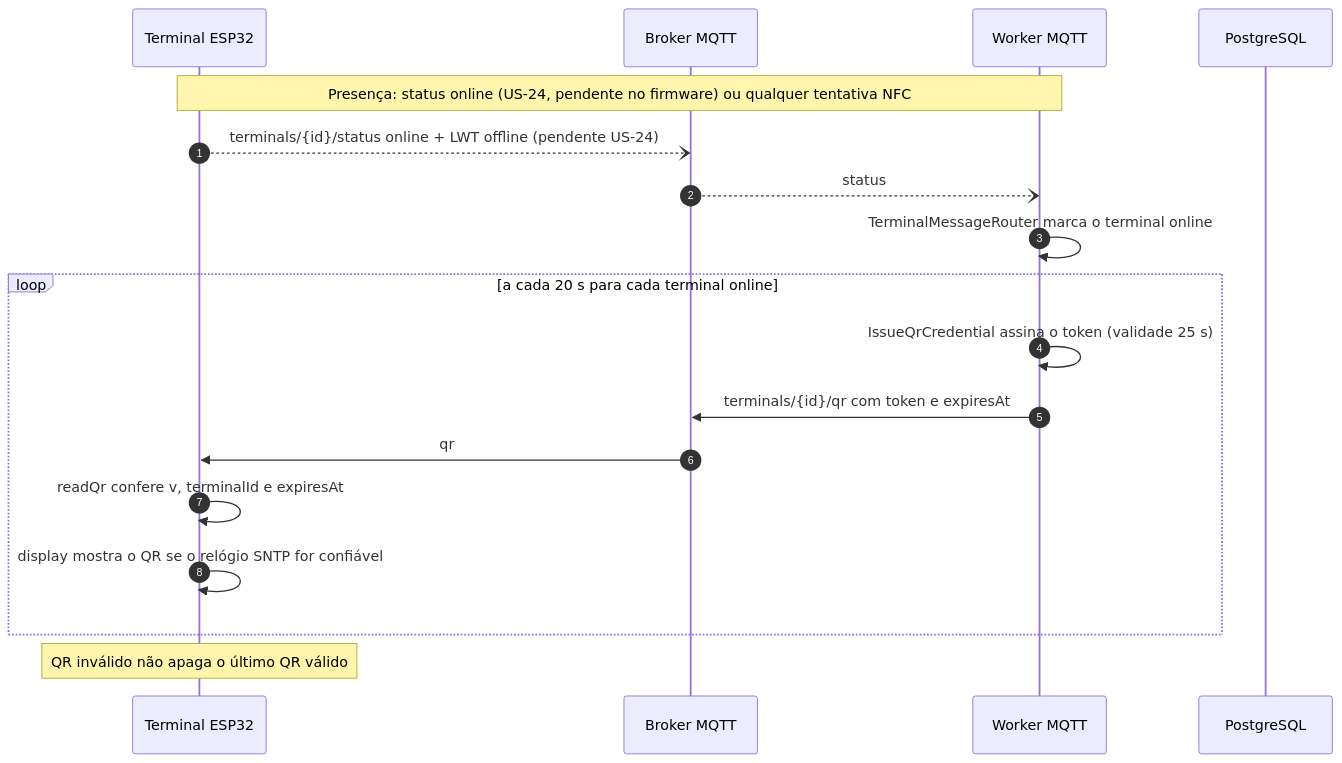
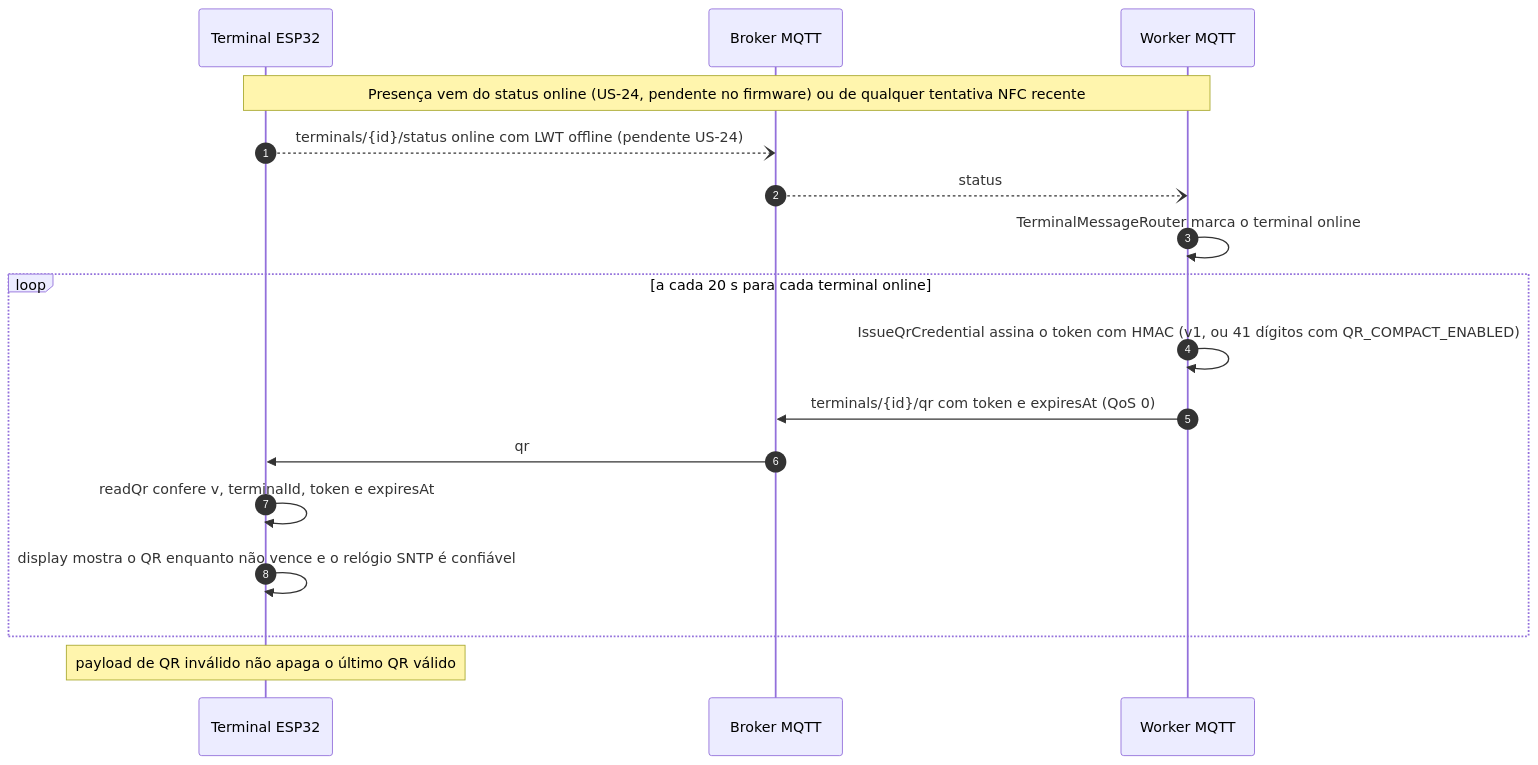
The first of 4 diagrams in docs/architecture/sequencias.md (ErrorSquad-ABP/ABP4-Sistema-Controle-Acesso), drawn with Mermaid before and after one commit. The commit also changed other lines of this file and 6 other files, not shown here.

First line of the commit message:
docs: alinha os diagramas da US-35 com a main e com a revisao

````diff
--- a/docs/architecture/sequencias.md
+++ b/docs/architecture/sequencias.md
@@ -25,21 +26,20 @@
 ```mermaid
 sequenceDiagram
   autonumber
   participant T as Terminal ESP32
   participant B as Broker MQTT
   participant W as Worker MQTT
-  participant DB as PostgreSQL
 
-  Note over T,W: Presença: status online (US-24, pendente no firmware) ou qualquer tentativa NFC
-  T--)B: terminals/{id}/status online + LWT offline (pendente US-24)
+  Note over T,W: Presença vem do status online (US-24, pendente no firmware) ou de qualquer tentativa NFC recente
+  T--)B: terminals/{id}/status online com LWT offline (pendente US-24)
   B--)W: status
   W->>W: TerminalMessageRouter marca o terminal online
   loop a cada 20 s para cada terminal online
-    W->>W: IssueQrCredential assina o token (validade 25 s)
-    W->>B: terminals/{id}/qr com token e expiresAt
+    W->>W: IssueQrCredential assina o token com HMAC (v1, ou 41 dígitos com QR_COMPACT_ENABLED)
+    W->>B: terminals/{id}/qr com token e expiresAt (QoS 0)
     B->>T: qr
-    T->>T: readQr confere v, terminalId e expiresAt
-    T->>T: display mostra o QR se o relógio SNTP for confiável
+    T->>T: readQr confere v, terminalId, token e expiresAt
+    T->>T: display mostra o QR enquanto não vence e o relógio SNTP é confiável
   end
-  Note over T: QR inválido não apaga o último QR válido
+  Note over T: payload de QR inválido não apaga o último QR válido
 ```
````
